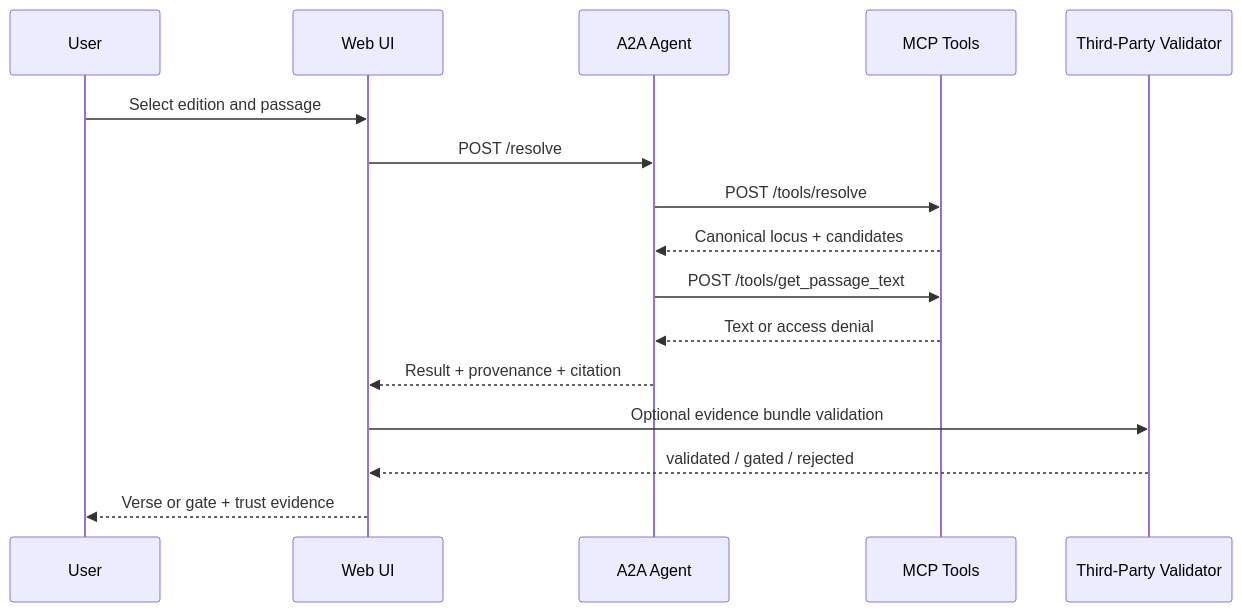
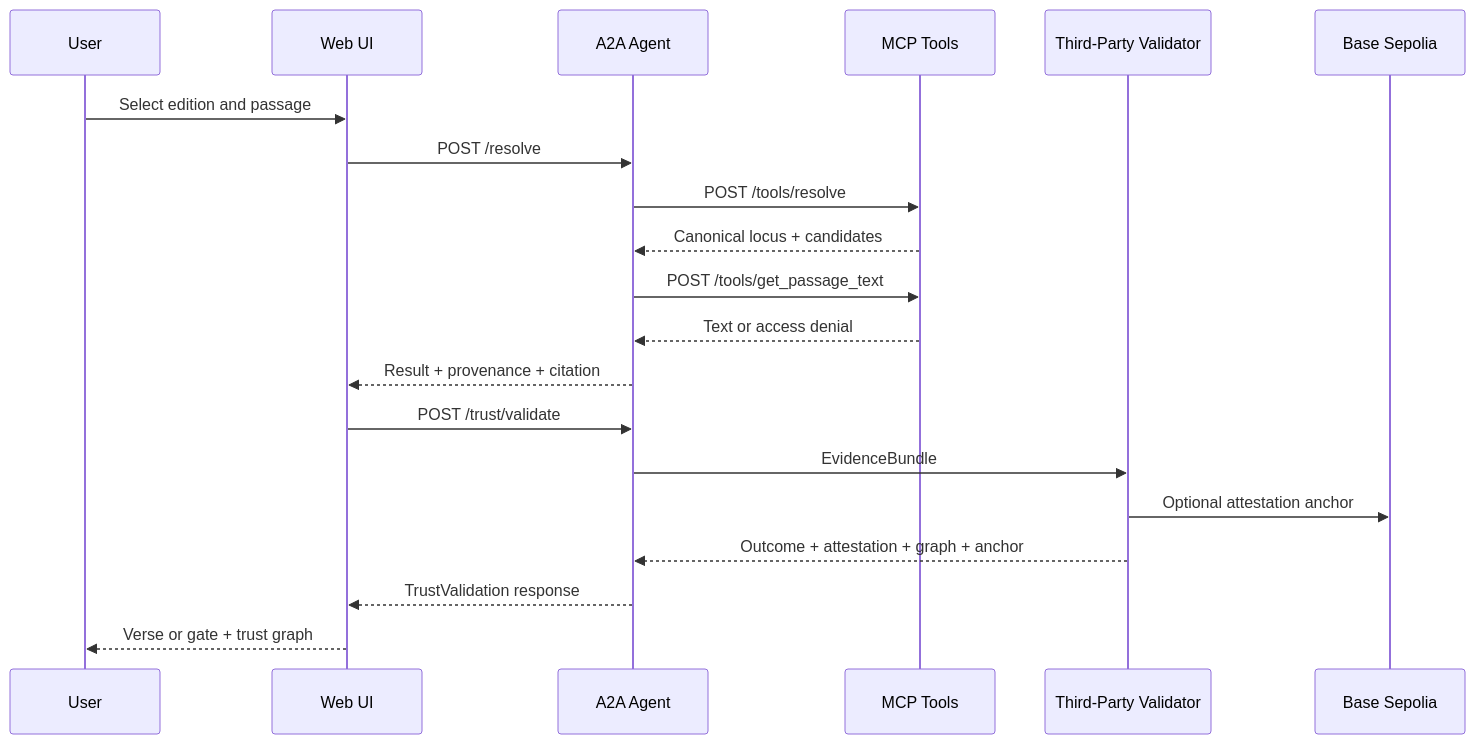
The third of 3 diagrams in documents/information-architecture.md (rpedersen3/verifiable-content-demo), drawn with Mermaid before and after one commit. The commit also changed other lines of this file and 13 other files, not shown here.

First line of the commit message:
feat(impact): agents under .impact TLD + AP base-sepolia addresses in deployments

````diff
--- a/documents/information-architecture.md
+++ b/documents/information-architecture.md
@@ -92,19 +110,23 @@
 ```mermaid
 sequenceDiagram
   participant User
   participant UI as Web UI
   participant Agent as A2A Agent
   participant Tools as MCP Tools
   participant Validator as Third-Party Validator
+  participant Chain as Base Sepolia
 
   User->>UI: Select edition and passage
   UI->>Agent: POST /resolve
   Agent->>Tools: POST /tools/resolve
   Tools-->>Agent: Canonical locus + candidates
   Agent->>Tools: POST /tools/get_passage_text
   Tools-->>Agent: Text or access denial
   Agent-->>UI: Result + provenance + citation
-  UI->>Validator: Optional evidence bundle validation
-  Validator-->>UI: validated / gated / rejected
-  UI-->>User: Verse or gate + trust evidence
+  UI->>Agent: POST /trust/validate
+  Agent->>Validator: EvidenceBundle
+  Validator->>Chain: Optional attestation anchor
+  Validator-->>Agent: Outcome + attestation + graph + anchor
+  Agent-->>UI: TrustValidation response
+  UI-->>User: Verse or gate + trust graph
 ```
````
